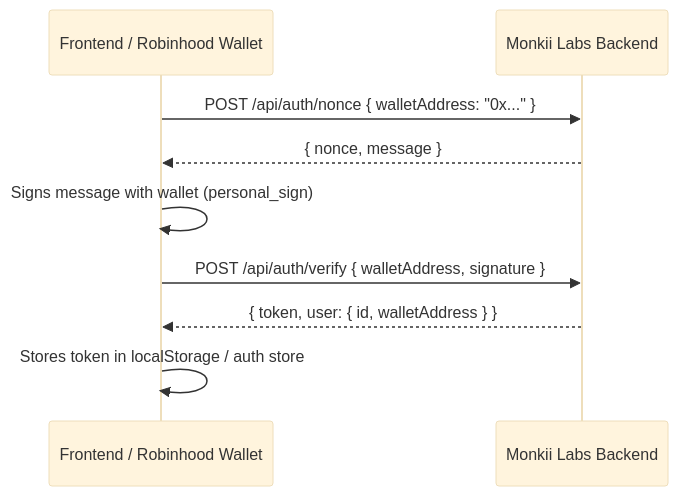
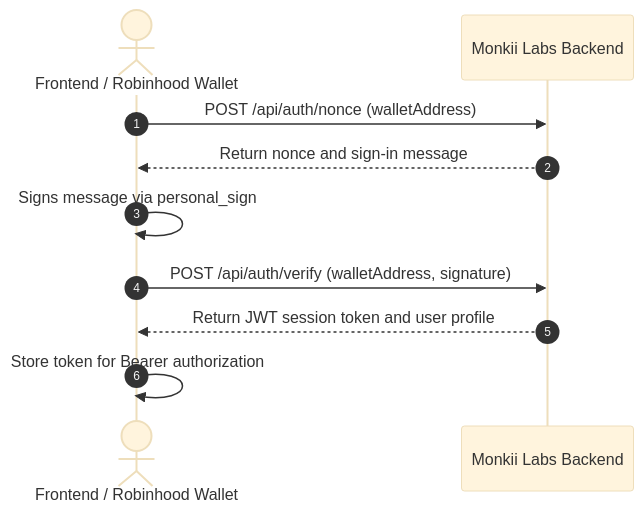
One commit to MonkiiLabs/MonkiiLabsApp changed the first of 2 diagrams in technical-docs/API_AND_FRONTEND_INTEGRATION_GUIDE.md. Above: the diagram before and after it, drawn with Mermaid (base theme). The commit also changed other lines of this file and 2 other files, not shown here.

Commit message:
fix mermaid diagrams in integration guide, add api integration tests, and optimize EVM token disburser

````diff
--- a/technical-docs/API_AND_FRONTEND_INTEGRATION_GUIDE.md
+++ b/technical-docs/API_AND_FRONTEND_INTEGRATION_GUIDE.md
@@ -16,12 +16,13 @@
 ```mermaid
 sequenceDiagram
-    participant User as Frontend / Robinhood Wallet
+    autonumber
+    actor User as Frontend / Robinhood Wallet
     participant API as Monkii Labs Backend
 
-    User->>API: POST /api/auth/nonce { walletAddress: "0x..." }
-    API-->>User: { nonce, message }
-    User->>User: Signs message with wallet (personal_sign)
-    User->>API: POST /api/auth/verify { walletAddress, signature }
-    API-->>User: { token, user: { id, walletAddress } }
-    User->>User: Stores token in localStorage / auth store
+    User->>API: POST /api/auth/nonce (walletAddress)
+    API-->>User: Return nonce and sign-in message
+    User->>User: Signs message via personal_sign
+    User->>API: POST /api/auth/verify (walletAddress, signature)
+    API-->>User: Return JWT session token and user profile
+    User->>User: Store token for Bearer authorization
 ```
````
